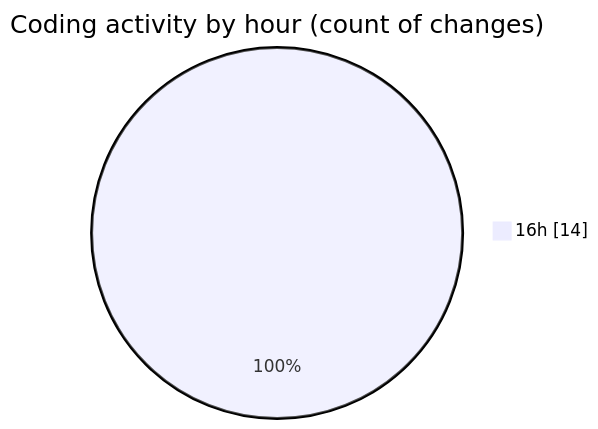
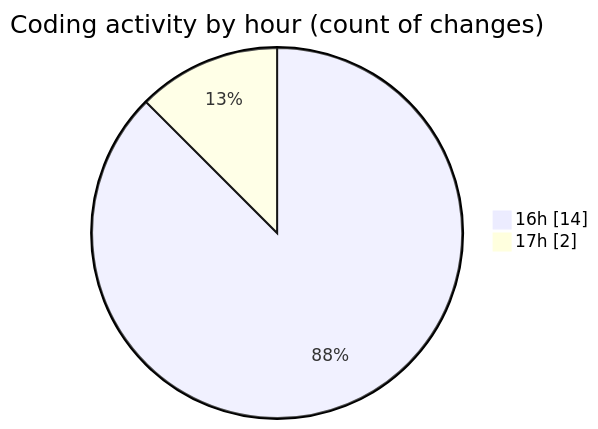
Before and after one commit to NitaiMahat/code-tracking: the second of 2 diagrams in 2025-02-05/coding_prac/README.md, drawn with Mermaid. The commit also changed other lines of this file and 1 other file, not shown here.

````diff
--- a/2025-02-05/coding_prac/README.md
+++ b/2025-02-05/coding_prac/README.md
@@ -32,5 +33,6 @@
 ```mermaid
 pie showData
 title Coding activity by hour (count of changes)
 "16h" : 14
+"17h" : 2
 ```
````
